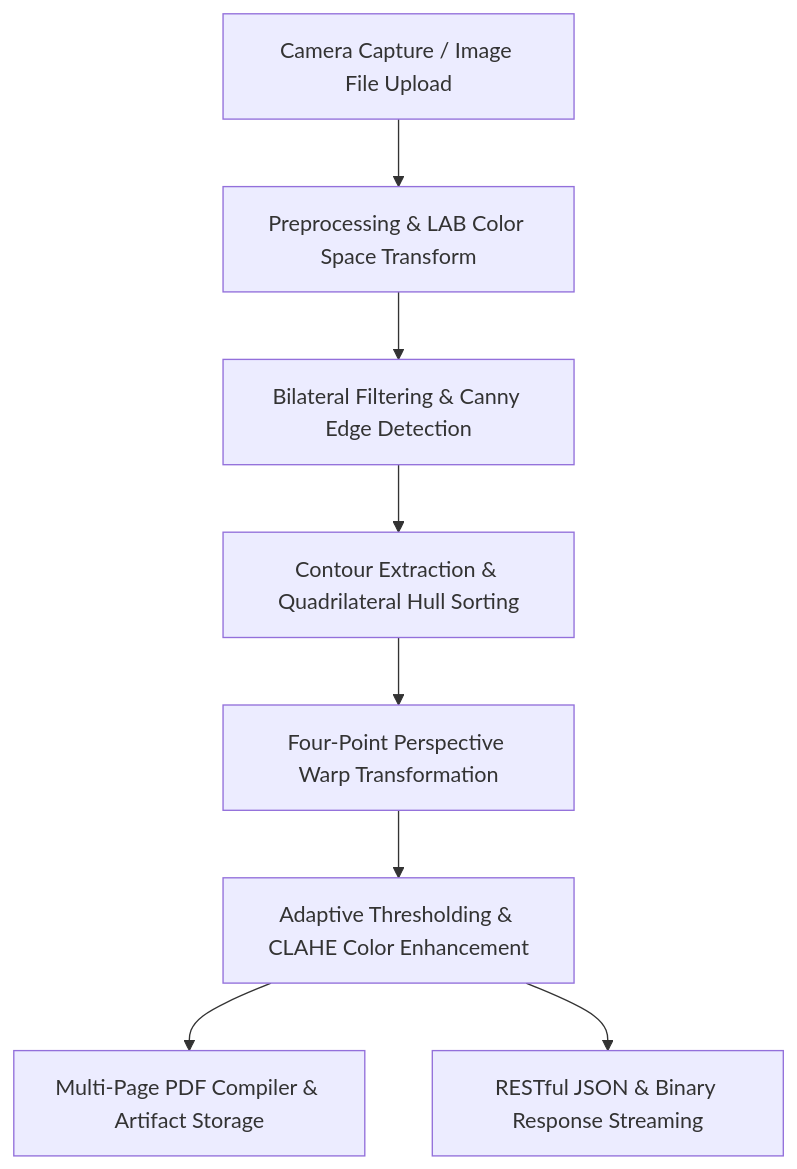
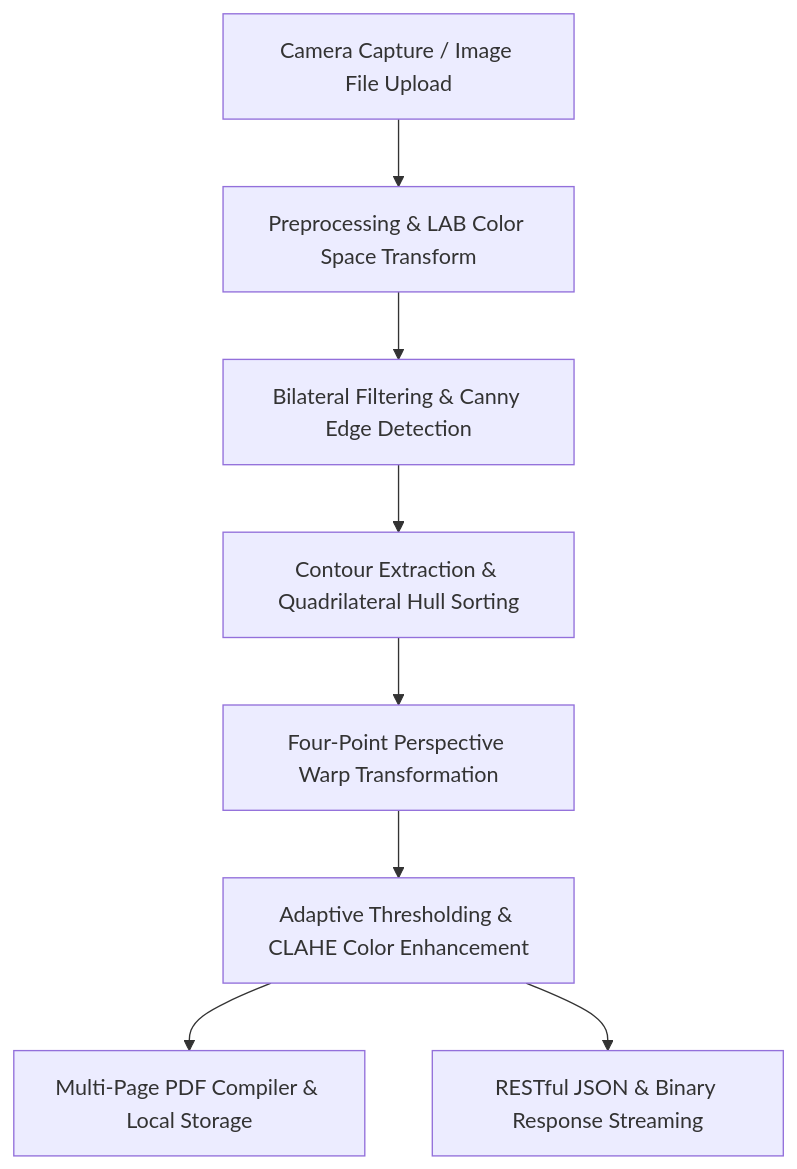
Before and after one commit to sohailahmed-bsrh/document-scanner-project: the diagram in README.md, drawn with Mermaid. The commit also changed other lines of this file, not shown here.

````diff
--- a/README.md
+++ b/README.md
@@ -58,10 +99,10 @@
 ```mermaid
 flowchart TD
     A[Camera Capture / Image File Upload] --> B[Preprocessing & LAB Color Space Transform]
     B --> C[Bilateral Filtering & Canny Edge Detection]
     C --> D[Contour Extraction & Quadrilateral Hull Sorting]
     D --> E[Four-Point Perspective Warp Transformation]
     E --> F[Adaptive Thresholding & CLAHE Color Enhancement]
-    F --> G[Multi-Page PDF Compiler & Artifact Storage]
+    F --> G[Multi-Page PDF Compiler & Local Storage]
     F --> H[RESTful JSON & Binary Response Streaming]
 ```
````
